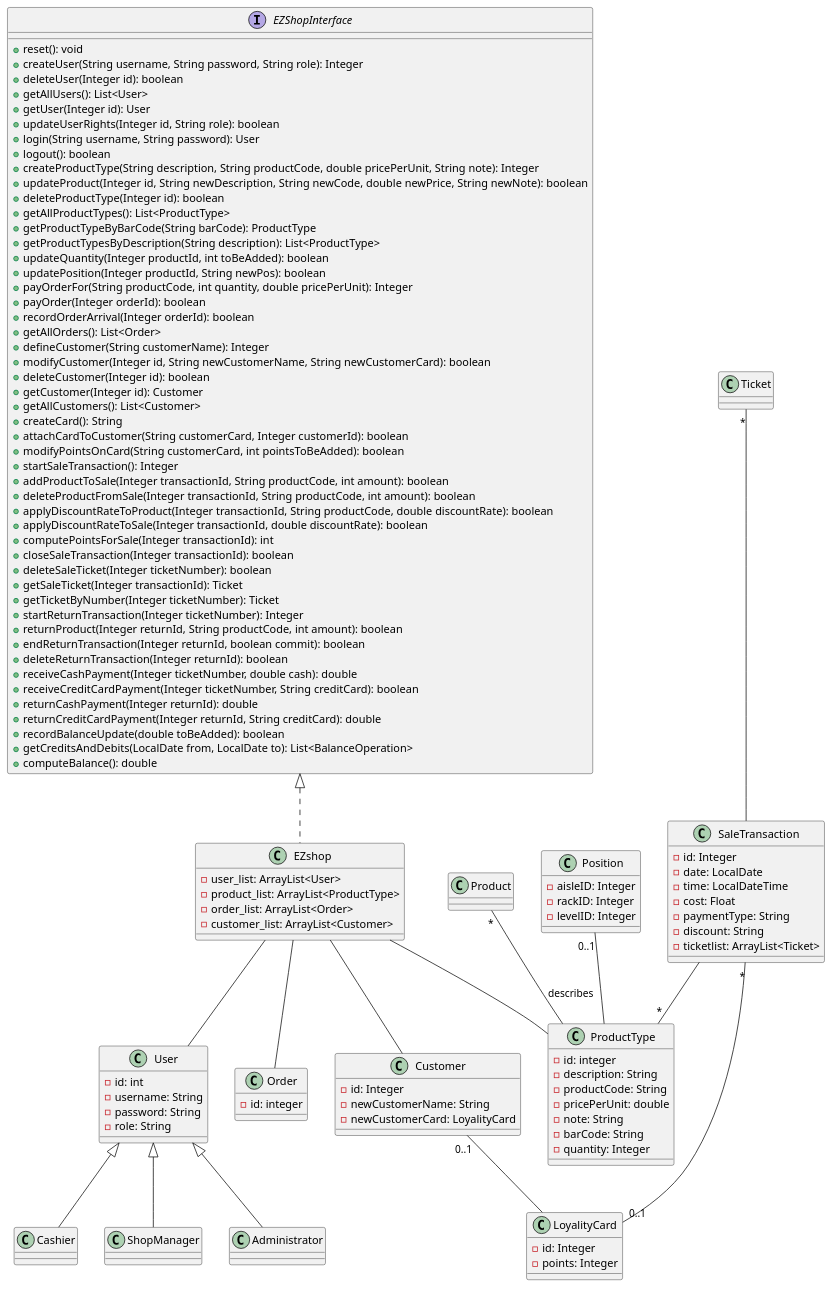
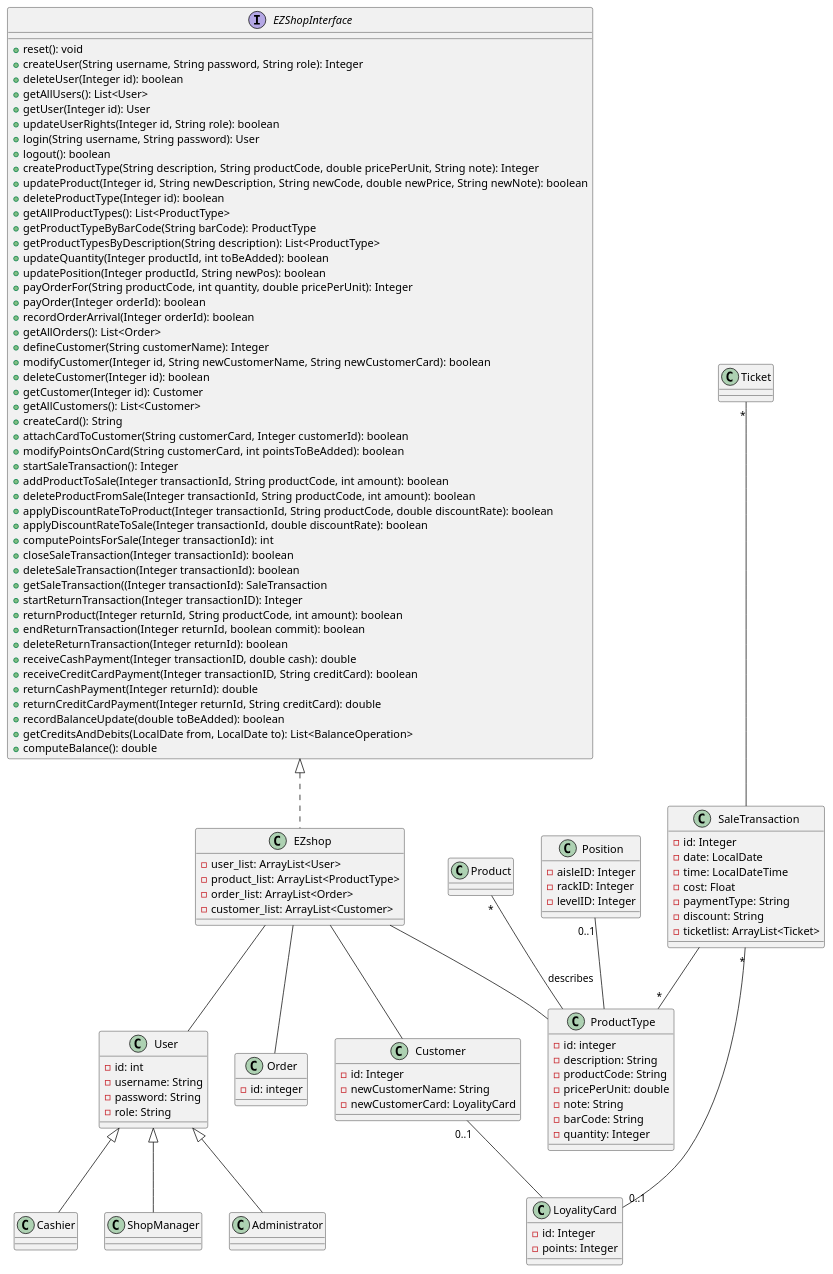
One commit to marco-ballario/EzShop changed the diagram in Deliverables/DesignDocument.md. Above: the diagram before and after it, drawn with PlantUML.

Commit message:
docs: canceled concept of ticket

```diff
--- a/Deliverables/DesignDocument.md
+++ b/Deliverables/DesignDocument.md
@@ -70,15 +70,14 @@
     + applyDiscountRateToSale(Integer transactionId, double discountRate): boolean
     + computePointsForSale(Integer transactionId): int
     + closeSaleTransaction(Integer transactionId): boolean
-    + deleteSaleTicket(Integer ticketNumber): boolean
-    + getSaleTicket(Integer transactionId): Ticket
-    + getTicketByNumber(Integer ticketNumber): Ticket
-    + startReturnTransaction(Integer ticketNumber): Integer
+    + deleteSaleTransaction(Integer transactionId): boolean
+    + getSaleTransaction((Integer transactionId): SaleTransaction
+    + startReturnTransaction(Integer transactionID): Integer
     + returnProduct(Integer returnId, String productCode, int amount): boolean
     + endReturnTransaction(Integer returnId, boolean commit): boolean
     + deleteReturnTransaction(Integer returnId): boolean
-    + receiveCashPayment(Integer ticketNumber, double cash): double
-    + receiveCreditCardPayment(Integer ticketNumber, String creditCard): boolean
+    + receiveCashPayment(Integer transactionID, double cash): double
+    + receiveCreditCardPayment(Integer transactionID, String creditCard): boolean
     + returnCashPayment(Integer returnId): double
     + returnCreditCardPayment(Integer returnId, String creditCard): double
     + recordBalanceUpdate(double toBeAdded): boolean
```
